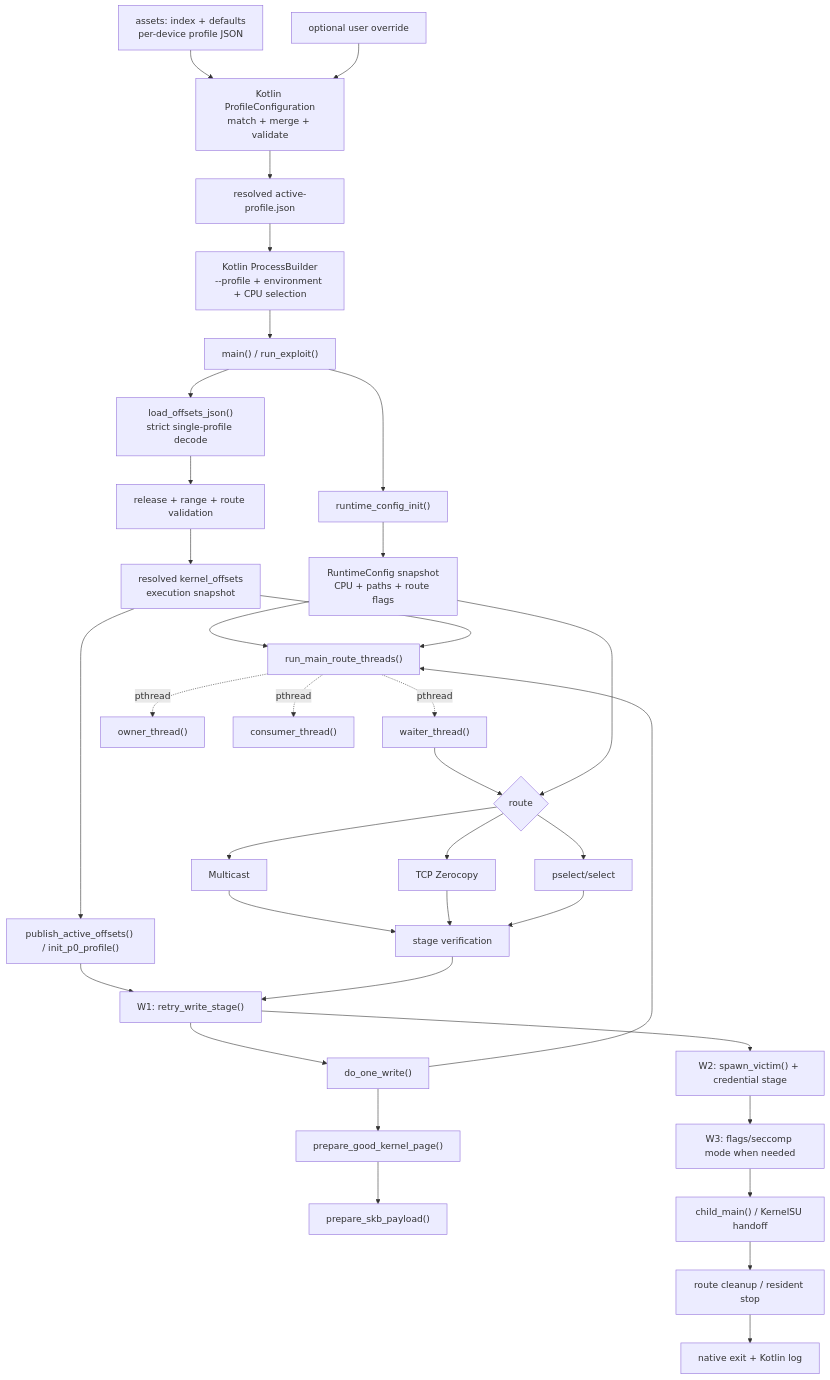
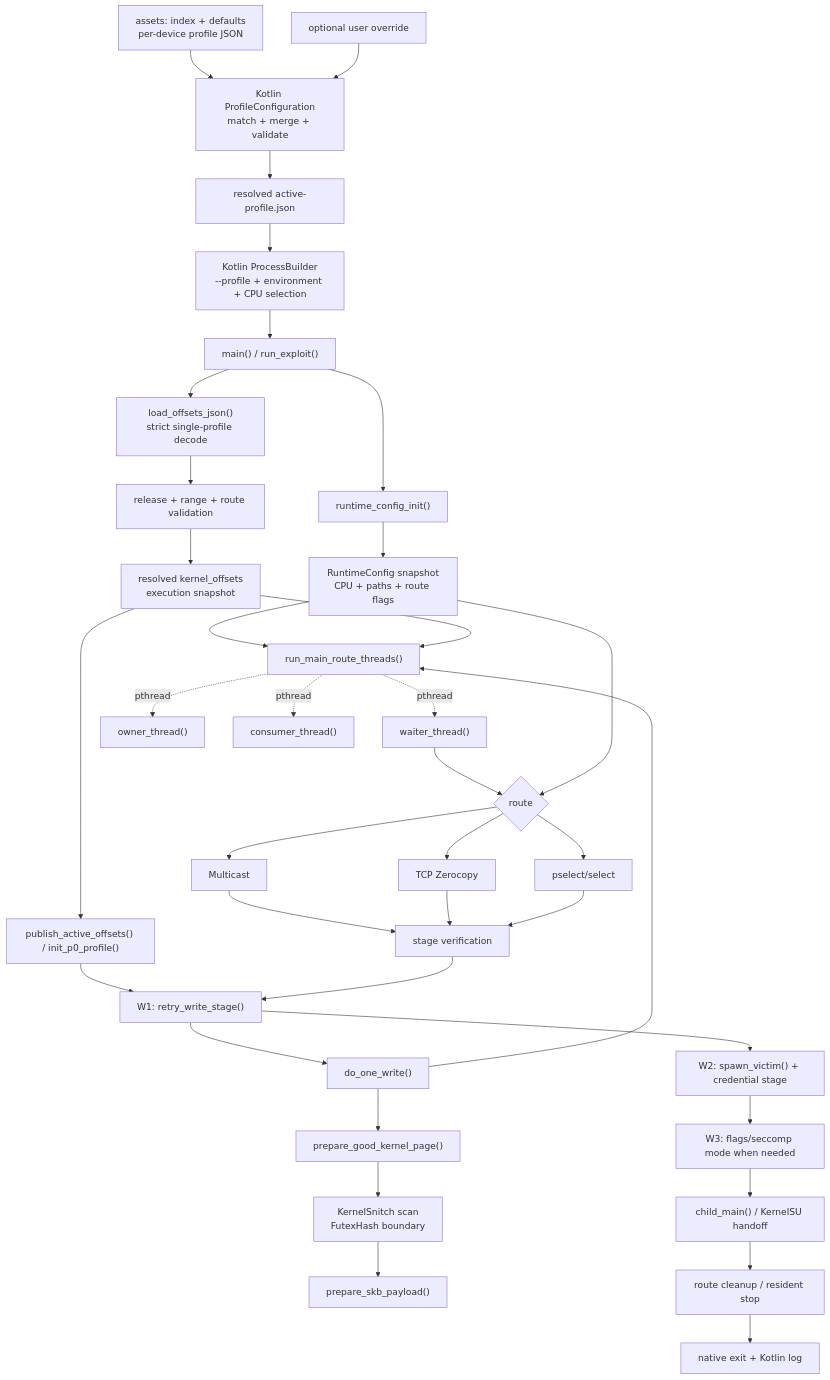
Before and after one commit to YuKongA/ghostlock-app: the first of 7 diagrams in analysis/routes.md, drawn with Mermaid. The commit also changed other lines of this file and 3 other files, not shown here.

````diff
--- a/analysis/routes.md
+++ b/analysis/routes.md
@@ -7,38 +7,39 @@
 ```mermaid
 flowchart TD
     Assets["assets: index + defaults<br/>per-device profile JSON"] --> Resolve["Kotlin ProfileConfiguration<br/>match + merge + validate"]
     Override["optional user override"] --> Resolve
     Resolve --> Active["resolved active-profile.json"]
     Active --> Launch["Kotlin ProcessBuilder<br/>--profile + environment + CPU selection"]
     Launch --> Main["main() / run_exploit()"]
     Main --> Config["runtime_config_init()"]
     Config --> Snapshot["RuntimeConfig snapshot<br/>CPU + paths + route flags"]
     Main --> Decode["load_offsets_json()<br/>strict single-profile decode"]
     Decode --> Validate["release + range + route validation"]
     Validate --> Profile["resolved kernel_offsets<br/>execution snapshot"]
     Profile --> Init["publish_active_offsets() / init_p0_profile()"]
     Init --> W1["W1: retry_write_stage()"]
     W1 --> Write["do_one_write()"]
     Write --> Page["prepare_good_kernel_page()"]
-    Page --> Payload["prepare_skb_payload()"]
+    Page --> Snitch["KernelSnitch scan<br/>FutexHash boundary"]
+    Snitch --> Payload["prepare_skb_payload()"]
     Write --> Race["run_main_route_threads()"]
     Snapshot --> Race
     Profile --> Race
     Race -. pthread .-> Waiter["waiter_thread()"]
     Race -. pthread .-> Owner["owner_thread()"]
     Race -. pthread .-> Consumer["consumer_thread()"]
     Waiter --> Choice{"route"}
     Snapshot --> Choice
     Choice --> M["Multicast"]
     Choice --> T["TCP Zerocopy"]
     Choice --> P["pselect/select"]
     M --> Verify["stage verification"]
     T --> Verify
     P --> Verify
     Verify --> W1
     W1 --> W2["W2: spawn_victim() + credential stage"]
     W2 --> W3["W3: flags/seccomp mode when needed"]
     W3 --> Root["child_main() / KernelSU handoff"]
     Root --> Cleanup["route cleanup / resident stop"]
     Cleanup --> Exit["native exit + Kotlin log"]
 ```
````
